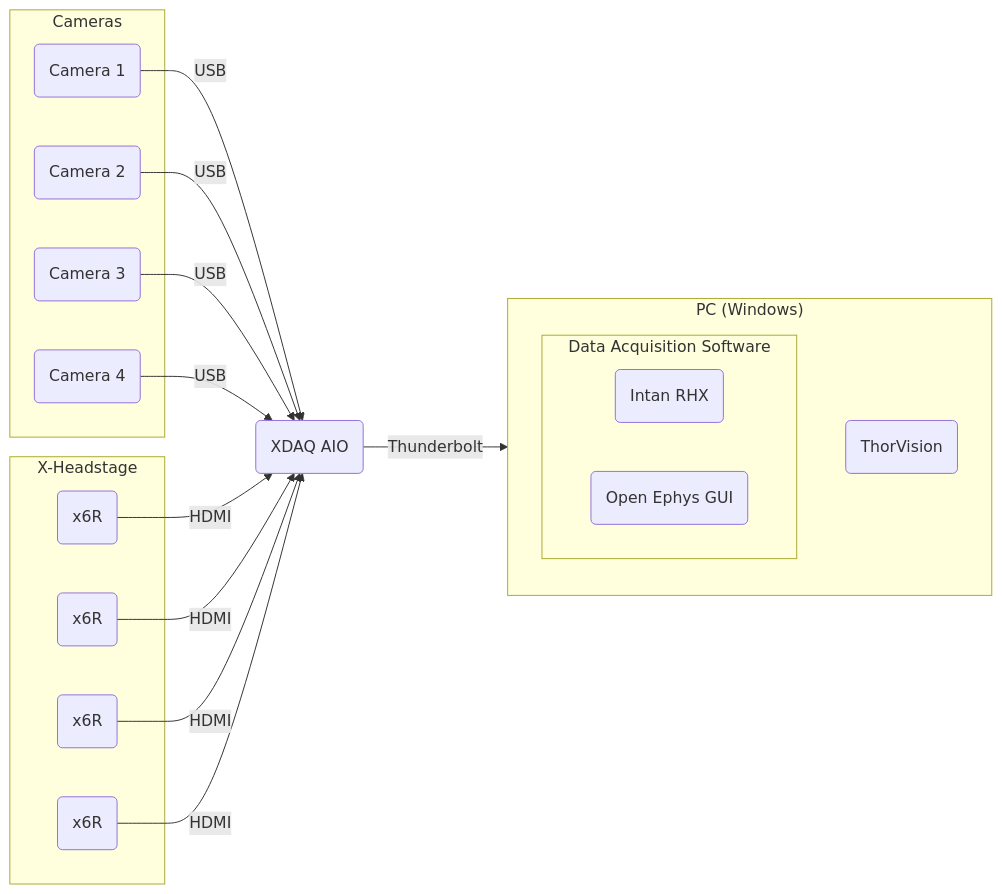
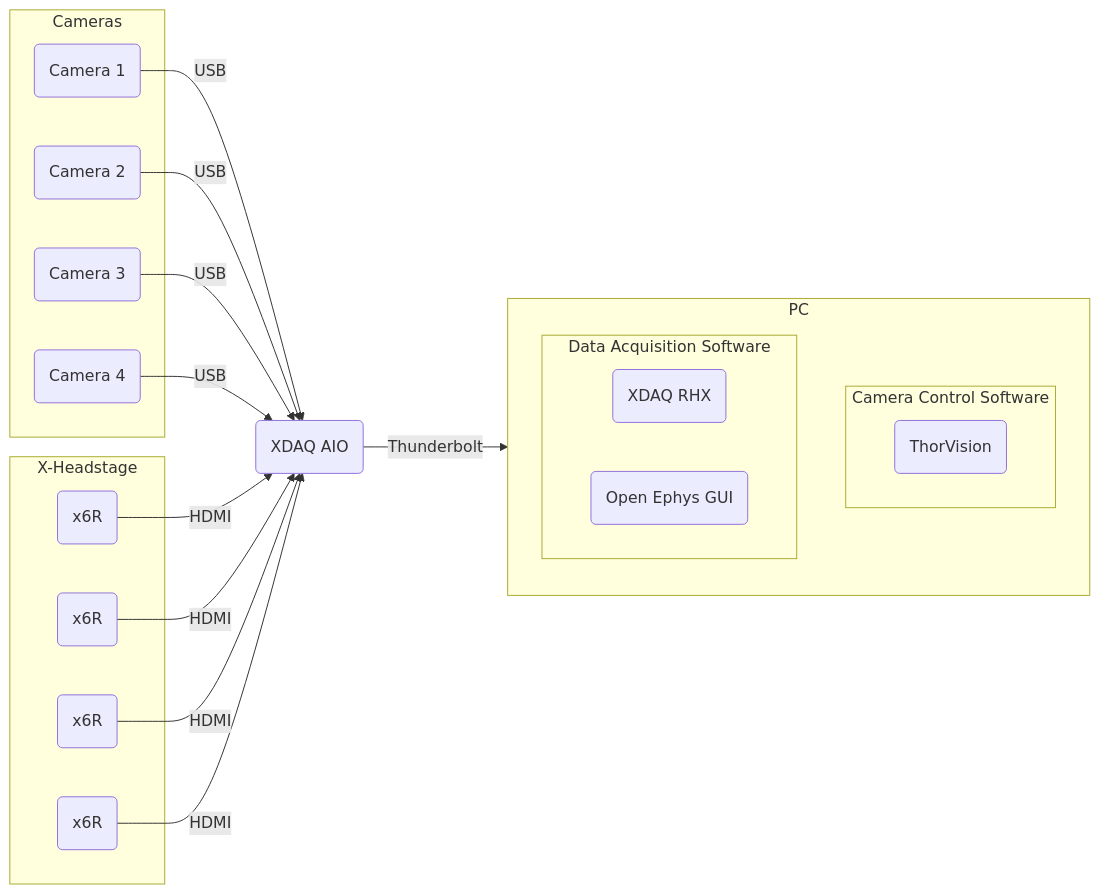
Before and after one commit to kontex-neuro/ThorVision: the diagram in docs/docs/user-manual.md, drawn with Mermaid. The commit also changed other lines of this file and 7 other files, not shown here.

````diff
--- a/docs/docs/user-manual.md
+++ b/docs/docs/user-manual.md
@@ -5,42 +5,44 @@
 ```mermaid
 graph LR;
-    subgraph PC["PC (Windows)"]
-        TV(ThorVision)
+    subgraph PC["PC"]
+        subgraph CC[Camera Control Software]
+            TV(ThorVision)
+        end
         subgraph DA[Data Acquisition Software]
-            RHX(Intan RHX)
+            RHX(XDAQ RHX)
             OE(Open Ephys GUI)
         end
     end
 
     XDAQ(XDAQ AIO)
 
     subgraph CAMS[Cameras]
         CAM1(Camera 1)
         CAM2(Camera 2)
         CAM3(Camera 3)
         CAM4(Camera 4)
     end
 
     subgraph XH[X-Headstage]
         x6R1(x6R)
         x6R2(x6R)
         x6R3(x6R)
         x6R4(x6R)
     end
 
     XDAQ -->|Thunderbolt| PC;
     CAM1 -->|USB| XDAQ;
     CAM2 -->|USB| XDAQ;
     CAM3 -->|USB| XDAQ;
     CAM4 -->|USB| XDAQ;
 
     x6R1 -->|HDMI| XDAQ;
     x6R2 -->|HDMI| XDAQ;
     x6R3 -->|HDMI| XDAQ;
     x6R4 -->|HDMI| XDAQ;
 
     click XDAQ "https://www.kontex.io/xdaq" "Go to XDAQ page" _blank
-    click RHX "https://intantech.com/RHX_software.html" "Go to Intan RHX page" _blank
+    click RHX "https://github.com/kontex-neuro/Intan-RHX" "Go to XDAQ RHX page" _blank
     click OE "https://open-ephys.org/gui" "Go to Open Ephys GUI page" _blank
     click TV "https://github.com/kontex-neuro/ThorVision" "Go to ThorVision page" _blank
 ```
````
